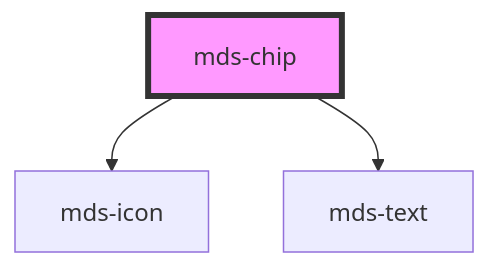
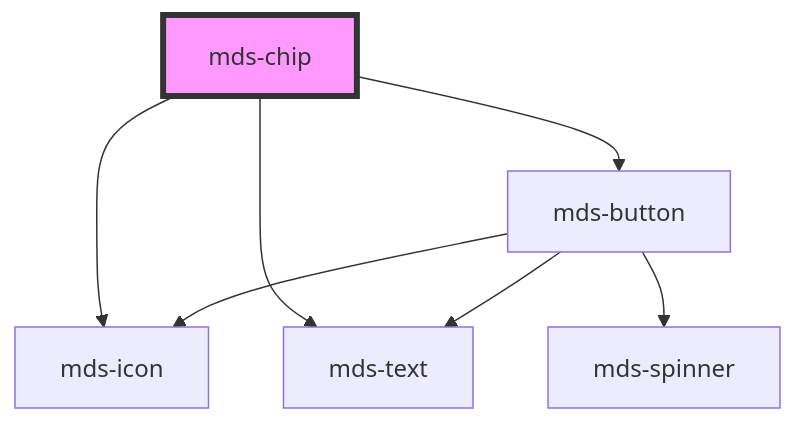
Before and after one commit to magma-design-system/magma: the diagram in projects/stencil/src/components/mds-chip/readme.md, drawn with Mermaid. The commit also changed other lines of this file and 65 other files, not shown here.

Commit message:
refact(stencil): change button icons to mds-button components

````diff
--- a/projects/stencil/src/components/mds-chip/readme.md
+++ b/projects/stencil/src/components/mds-chip/readme.md
@@ -60,6 +55,10 @@
 ```mermaid
 graph TD;
   mds-chip --> mds-icon
   mds-chip --> mds-text
+  mds-chip --> mds-button
+  mds-button --> mds-spinner
+  mds-button --> mds-icon
+  mds-button --> mds-text
   style mds-chip fill:#f9f,stroke:#333,stroke-width:4px
 ```
````
